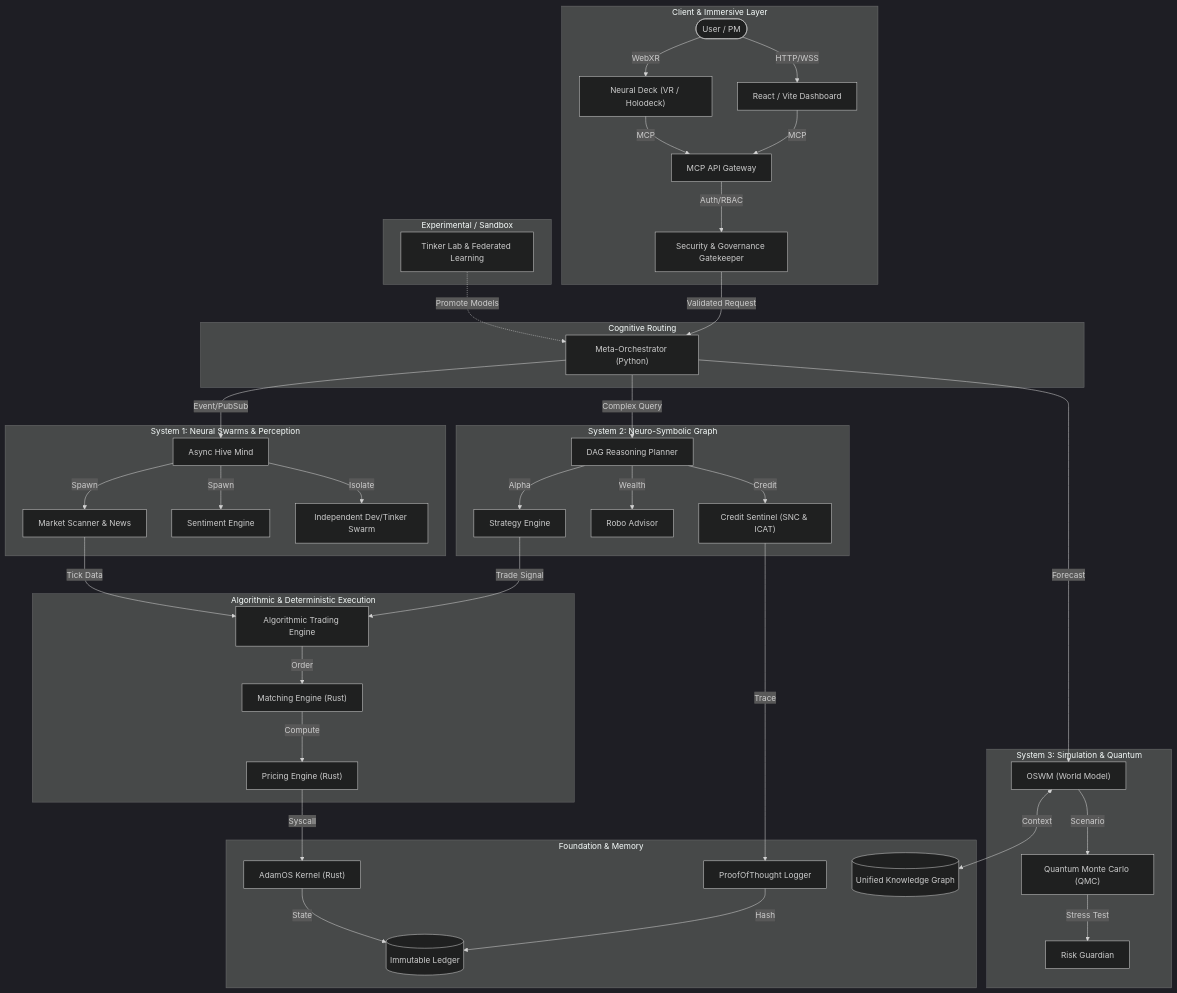
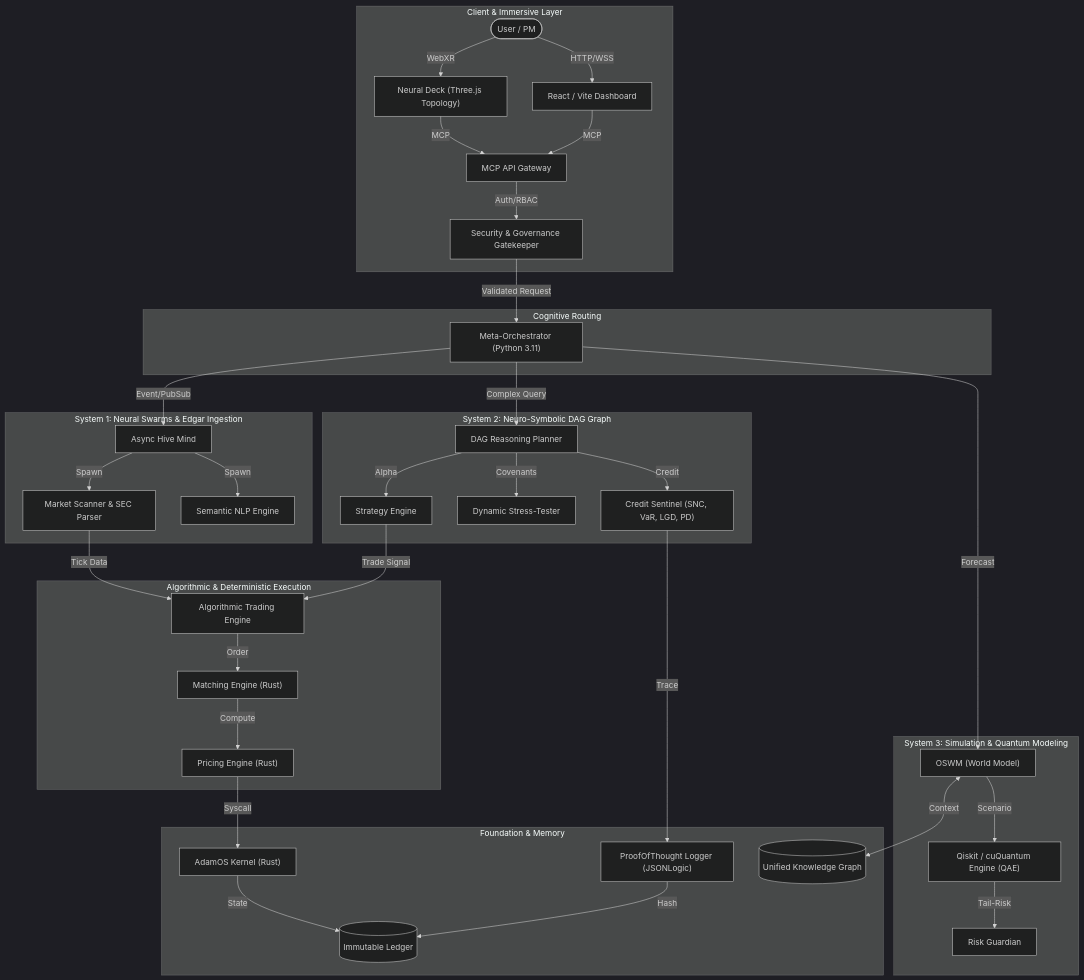
The diagram in README.md (adamvangrover/adam), drawn with Mermaid (dark theme) before and after one commit. The commit also changed other lines of this file and 11 other files, not shown here.

````diff
--- a/README.md
+++ b/README.md
@@ -87,61 +93,55 @@
 ```mermaid
 graph TD
     %% 1. Client & Immersive Layer
     subgraph Client_Layer [Client & Immersive Layer]
         UserNode(["User / PM"]) -->|HTTP/WSS| WebApp["React / Vite Dashboard"]
-        UserNode -->|WebXR| VRDeck["Neural Deck (VR / Holodeck)"]
+        UserNode -->|WebXR| VRDeck["Neural Deck (Three.js Topology)"]
         WebApp -->|MCP| MCPServer["MCP API Gateway"]
         VRDeck -->|MCP| MCPServer
         MCPServer -->|Auth/RBAC| SecModule["Security & Governance Gatekeeper"]
     end
 
     %% 2. Orchestration Layer
     subgraph Orchestration_Layer [Cognitive Routing]
-        SecModule -->|Validated Request| MetaOrchestrator["Meta-Orchestrator (Python)"]
+        SecModule -->|Validated Request| MetaOrchestrator["Meta-Orchestrator (Python 3.11)"]
     end
 
     %% 3. System 1: Fast Perception
-    subgraph System_1_Swarm [System 1: Neural Swarms & Perception]
+    subgraph System_1_Swarm [System 1: Neural Swarms & Edgar Ingestion]
         MetaOrchestrator -->|Event/PubSub| SwarmManager["Async Hive Mind"]
-        SwarmManager -->|Spawn| MarketScanner["Market Scanner & News"]
-        SwarmManager -->|Spawn| SentimentEngine["Sentiment Engine"]
-        SwarmManager -->|Isolate| DevSwarm["Independent Dev/Tinker Swarm"]
+        SwarmManager -->|Spawn| MarketScanner["Market Scanner & SEC Parser"]
+        SwarmManager -->|Spawn| SentimentEngine["Semantic NLP Engine"]
     end
 
     %% 4. System 2: Deep Reasoning
-    subgraph System_2_Reasoning [System 2: Neuro-Symbolic Graph]
+    subgraph System_2_Reasoning [System 2: Neuro-Symbolic DAG Graph]
         MetaOrchestrator -->|Complex Query| Planner["DAG Reasoning Planner"]
-        Planner -->|Credit| CreditSentinel["Credit Sentinel (SNC & ICAT)"]
-        Planner -->|Wealth| RoboAdvisor["Robo Advisor"]
+        Planner -->|Credit| CreditSentinel["Credit Sentinel (SNC, VaR, LGD, PD)"]
+        Planner -->|Covenants| CovenantTester["Dynamic Stress-Tester"]
         Planner -->|Alpha| StratEngine["Strategy Engine"]
     end
 
-    %% 5. System 3: World Modeling
-    subgraph System_3_Simulation [System 3: Simulation & Quantum]
+    %% 5. System 3: World Modeling & Quantum
+    subgraph System_3_Simulation [System 3: Simulation & Quantum Modeling]
         MetaOrchestrator -->|Forecast| WorldModel["OSWM (World Model)"]
-        WorldModel -->|Scenario| QuantumEngine["Quantum Monte Carlo (QMC)"]
-        QuantumEngine -->|Stress Test| RiskGuardian["Risk Guardian"]
+        WorldModel -->|Scenario| QuantumEngine["Qiskit / cuQuantum Engine (QAE)"]
+        QuantumEngine -->|Tail-Risk| RiskGuardian["Risk Guardian"]
     end
 
     %% 6. Deterministic & Execution (Rust)
     subgraph Rust_Execution_Layer [Algorithmic & Deterministic Execution]
         StratEngine -->|Trade Signal| AlgoEngine["Algorithmic Trading Engine"]
         MarketScanner -->|Tick Data| AlgoEngine
         AlgoEngine -->|Order| MatchingEngine["Matching Engine (Rust)"]
         MatchingEngine -->|Compute| PricingEngine["Pricing Engine (Rust)"]
     end
 
     %% 7. Foundation & OS Layer
     subgraph OS_Foundation_Layer [Foundation & Memory]
         PricingEngine -->|Syscall| AdamOS["AdamOS Kernel (Rust)"]
-        CreditSentinel -->|Trace| POTLogger["ProofOfThought Logger"]
+        CreditSentinel -->|Trace| POTLogger["ProofOfThought Logger (JSONLogic)"]
         POTLogger -->|Hash| Ledger[("Immutable Ledger")]
         AdamOS -->|State| Ledger
         WorldModel <-->|Context| KnowledgeGraph[("Unified Knowledge Graph")]
     end
-
-    %% 8. Experimental Sandbox
-    subgraph Experimental_Lab [Experimental / Sandbox]
-        TinkerLab["Tinker Lab & Federated Learning"] -.->|Promote Models| MetaOrchestrator
-    end
 ```
````
